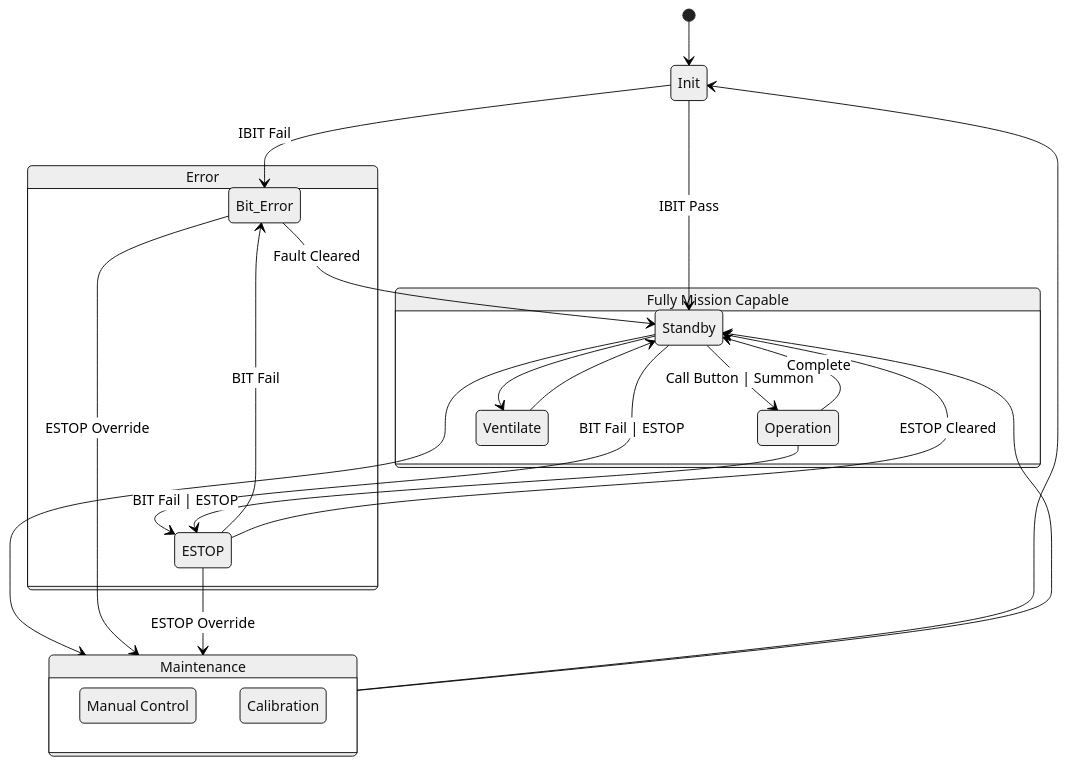
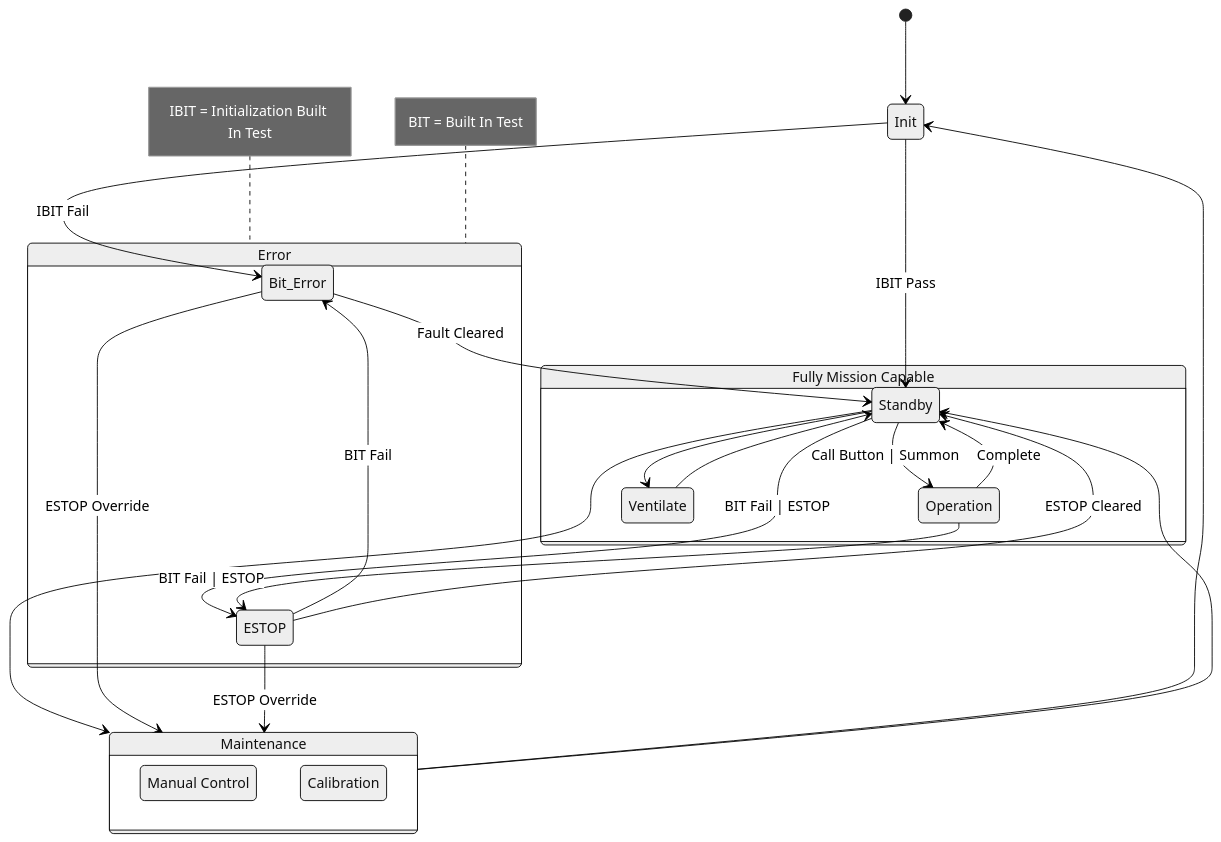
One commit to Diverjim84/Elevator changed the diagram in System Diagrams/MasterStateMachine.md. Above: the diagram before and after it, drawn with Mermaid (neutral theme).

Commit message:
Added BIT Notes

````diff
--- a/System Diagrams/MasterStateMachine.md
+++ b/System Diagrams/MasterStateMachine.md
@@ -5,67 +5,72 @@
 ```mermaid
 stateDiagram-v2
     classDef badBadEvent fill: Red, color:white,font-weight:bold,stroke-width:6px,stroke:Green
 
     classDef lessBadEvent fill: Red,color:white,font-weight:bold,stroke-width:6px,stroke:Green
     
     classDef NoMovement font-weight:bold, stroke-width:4px,stroke:Green
 
     classDef Movement font-weight:bold stroke-width:6px,stroke:Yellow
 
     state  "Fully Mission Capable" as FMC
+    
     
     [*] --> Init
     Init --> Bit_Error : IBIT Fail
     Init --> Standby : IBIT Pass
     
     Standby --> Maintenance 
     Standby --> ESTOP : BIT Fail | ESTOP
     Operation --> ESTOP : BIT Fail | ESTOP
     
     Bit_Error --> Standby : Fault Cleared
     Bit_Error --> Maintenance : ESTOP Override
     
     
     ESTOP --> Bit_Error : BIT Fail
     ESTOP --> Standby : ESTOP Cleared
     ESTOP --> Maintenance : ESTOP Override
     
     Maintenance --> Init 
     Maintenance --> Standby
 
     state FMC {
         Standby 
         Operation
         Ventilate
 
         Standby --> Operation : Call Button | Summon
         Operation --> Standby : Complete
         Standby --> Ventilate
         Ventilate --> Standby
         
     
     }
     
     state Maintenance {
         state "Manual Control" As M1
         state "Calibration" As M2
     }
 
     state Error {
         Bit_Error
         ESTOP
     }
 
+    note left of Error : IBIT = Initialization Built In Test
+
+    note left of Error : BIT = Built In Test
+
     Init ::: NoMovement
 
     Standby ::: NoMovement
     Operation ::: Movement
 
     Maintenance ::: Movement
 
     ESTOP ::: badBadEvent
     Bit_Error ::: lessBadEvent
 
 
 
 ```
````
